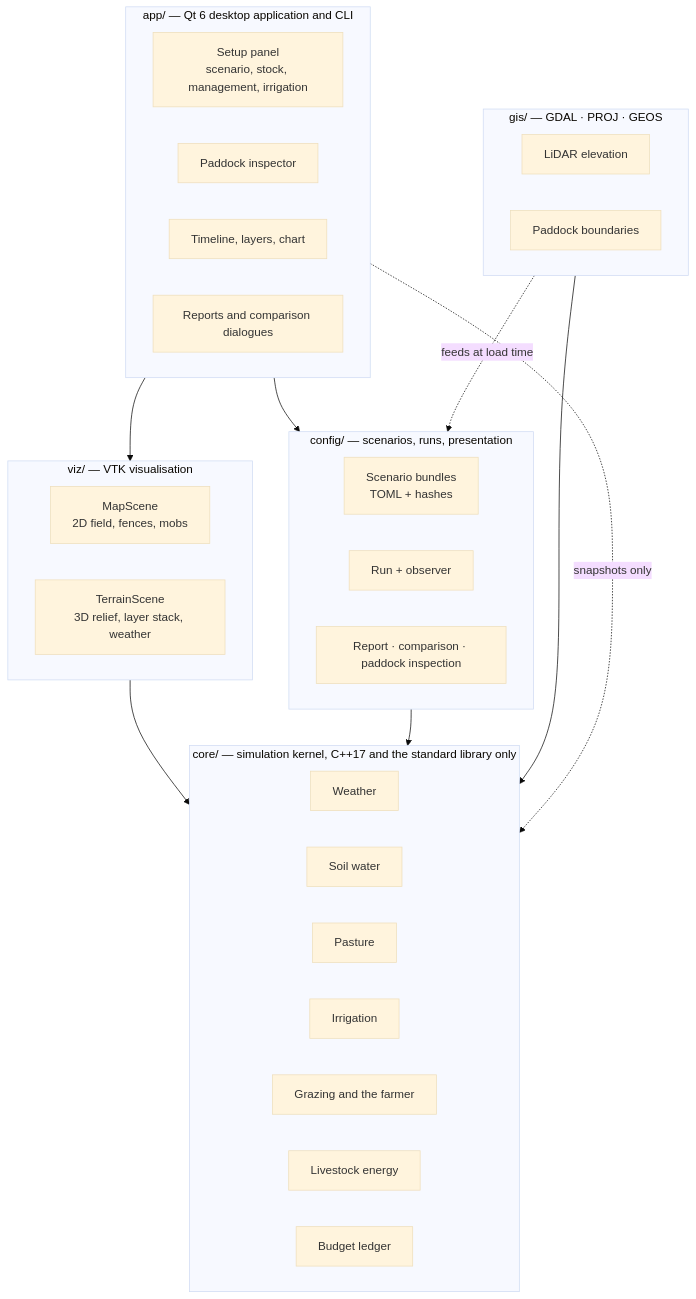
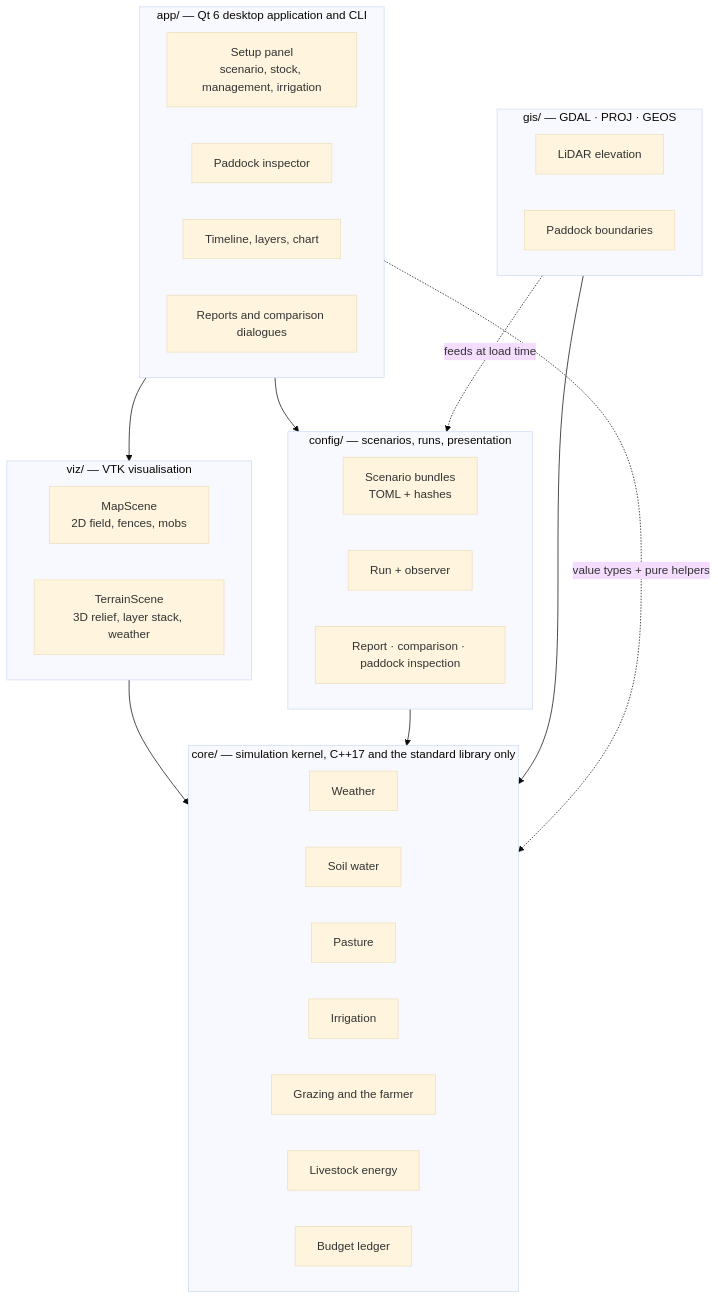
Before and after one commit to hugohu789-droid/Paddock: the first of 10 diagrams in docs/architecture/system-architecture.md, drawn with Mermaid (base theme). The commit also changed other lines of this file and 5 other files, not shown here.

````diff
--- a/docs/architecture/system-architecture.md
+++ b/docs/architecture/system-architecture.md
@@ -66,43 +66,43 @@
 ```mermaid
 flowchart TB
     subgraph app["app/ — Qt 6 desktop application and CLI"]
         setup["Setup panel<br/>scenario, stock, management, irrigation"]
         inspector["Paddock inspector"]
         controls["Timeline, layers, chart"]
         reports["Reports and comparison dialogues"]
     end
 
     subgraph viz["viz/ — VTK visualisation"]
         map2d["MapScene<br/>2D field, fences, mobs"]
         map3d["TerrainScene<br/>3D relief, layer stack, weather"]
     end
 
     subgraph config["config/ — scenarios, runs, presentation"]
         bundle["Scenario bundles<br/>TOML + hashes"]
         runner["Run + observer"]
         present["Report · comparison · paddock inspection"]
     end
 
     subgraph core["core/ — simulation kernel, C++17 and the standard library only"]
         weather["Weather"]
         soil["Soil water"]
         pasture["Pasture"]
         irrigation["Irrigation"]
         grazing["Grazing and the farmer"]
         stock["Livestock energy"]
         ledger["Budget ledger"]
     end
 
     subgraph gis["gis/ — GDAL · PROJ · GEOS"]
         dem["LiDAR elevation"]
         cadastre["Paddock boundaries"]
     end
 
     app --> viz
     app --> config
     viz --> core
     config --> core
     gis --> core
-    app -.->|"snapshots only"| core
+    app -.->|"value types + pure helpers"| core
     gis -.->|"feeds at load time"| config
 ```
````
